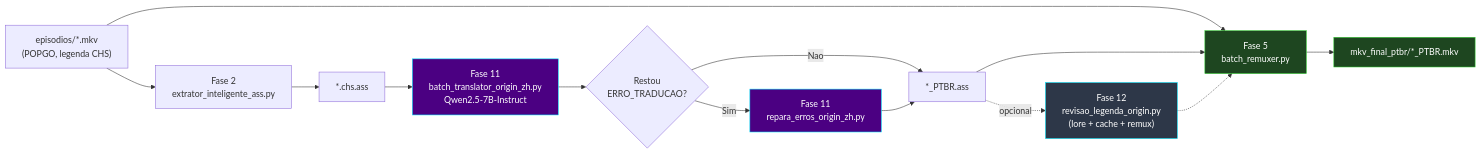
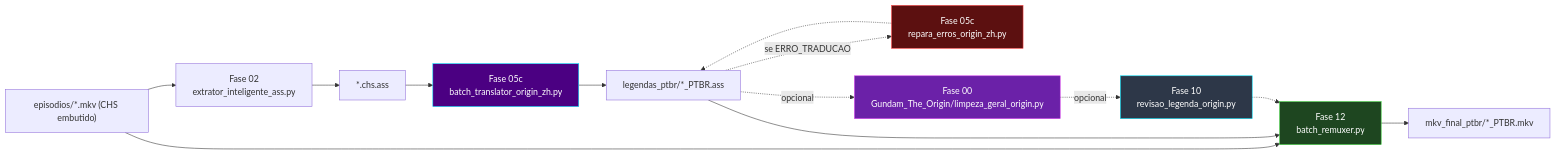
The tenth of 15 diagrams in docs/arquitetura.md (carmipa/projeto-tracker-animes-traducao), drawn with Mermaid before and after one commit. The commit also changed other lines of this file and 42 other files, not shown here.

````diff
--- a/docs/arquitetura.md
+++ b/docs/arquitetura.md
@@ -329,21 +369,21 @@
 ```mermaid
 flowchart LR
-    MKV["episodios/*.mkv\n(POPGO, legenda CHS)"] --> F2["Fase 2\nextrator_inteligente_ass.py"]
-    F2 --> CHS["*.chs.ass"]
-    CHS --> F11["Fase 11\nbatch_translator_origin_zh.py\nQwen2.5-7B-Instruct"]
-    F11 --> PTERR{"Restou\nERRO_TRADUCAO?"}
-    PTERR -->|Sim| F11R["Fase 11\nrepara_erros_origin_zh.py"]
-    PTERR -->|Nao| PT["*_PTBR.ass"]
-    F11R --> PT
-    PT -.->|opcional| F12["Fase 12\nrevisao_legenda_origin.py\n(lore + cache + remux)"]
-    MKV --> F5["Fase 5\nbatch_remuxer.py"]
-    PT --> F5
-    F12 -.-> F5
-    F5 --> OUT["mkv_final_ptbr/*_PTBR.mkv"]
+    I_MKV["episodios/*.mkv (CHS embutido)"] --> I_F02["Fase 02<br/>extrator_inteligente_ass.py"]
+    I_F02 --> I_CHS["*.chs.ass"]
+    I_CHS --> I_F05C["Fase 05c<br/>batch_translator_origin_zh.py"]
+    I_F05C --> I_PTBR["legendas_ptbr/*_PTBR.ass"]
+    I_PTBR -.->|"se ERRO_TRADUCAO"| I_REP["Fase 05c<br/>repara_erros_origin_zh.py"]
+    I_REP -.-> I_PTBR
+    I_PTBR -.->|"opcional"| I_HYG["Fase 00<br/>Gundam_The_Origin/limpeza_geral_origin.py"]
+    I_HYG -.->|"opcional"| I_F10["Fase 10<br/>revisao_legenda_origin.py"]
+    I_MKV --> I_F12["Fase 12<br/>batch_remuxer.py"]
+    I_PTBR --> I_F12
+    I_F10 -.-> I_F12
+    I_F12 --> I_OUT["mkv_final_ptbr/*_PTBR.mkv"]
 
-    style F11 fill:#4B0082,stroke:#00E5FF,color:#fff
-    style F11R fill:#4B0082,stroke:#00E5FF,color:#fff
-    style F12 fill:#2d3748,stroke:#00E5FF,color:#fff
-    style F5 fill:#1e4620,stroke:#32CD32,color:#fff
-    style OUT fill:#1e4620,stroke:#32CD32,color:#fff
+    style I_F05C fill:#4B0082,stroke:#00E5FF,color:#fff
+    style I_REP fill:#5c1010,stroke:#ff4444,color:#fff
+    style I_HYG fill:#6b21a8,stroke:#d946ef,color:#fff
+    style I_F10 fill:#2d3748,stroke:#00E5FF,color:#fff
+    style I_F12 fill:#1e4620,stroke:#32CD32,color:#fff
 ```
````
